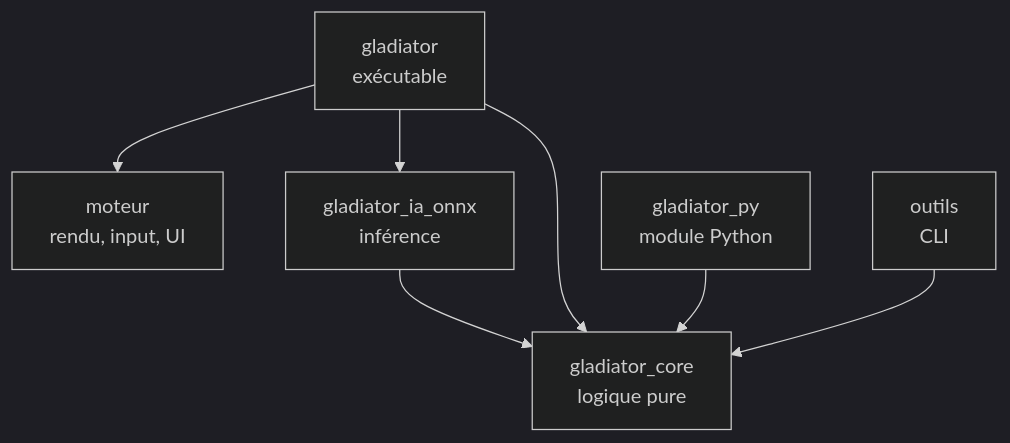
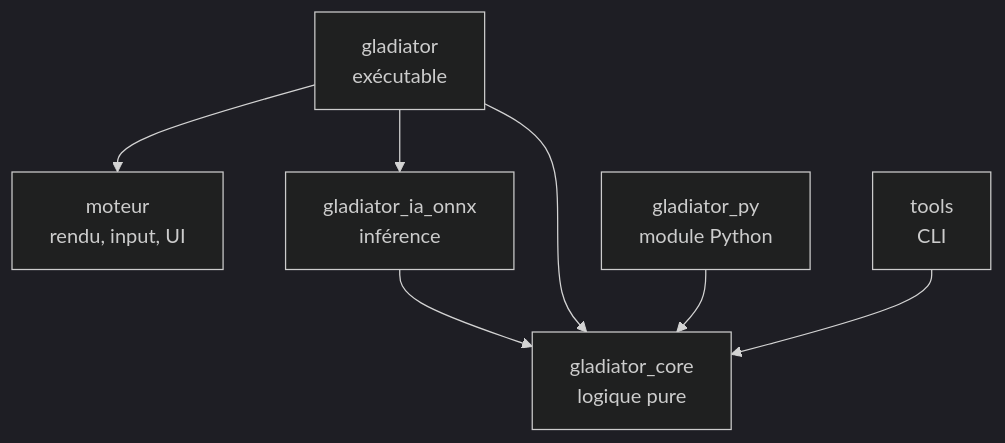
One commit to Loris01100/Lanista changed the diagram in docs/Gladiator_Manager_Feuille_de_route_Rust.md. Above: the diagram before and after it, drawn with Mermaid (dark theme). The commit also changed other lines of this file and 14 other files, not shown here.

````diff
--- a/docs/Gladiator_Manager_Feuille_de_route_Rust.md
+++ b/docs/Gladiator_Manager_Feuille_de_route_Rust.md
@@ -105,15 +105,15 @@
 ```mermaid
 flowchart TD
   CORE[gladiator_core<br/>logique pure]
   MOTEUR[moteur<br/>rendu, input, UI]
   ONNX[gladiator_ia_onnx<br/>inférence]
   JEU[gladiator<br/>exécutable]
   PY[gladiator_py<br/>module Python]
-  OUT[outils<br/>CLI]
+  OUT[tools<br/>CLI]
   ONNX --> CORE
   JEU --> CORE
   JEU --> MOTEUR
   JEU --> ONNX
   PY --> CORE
   OUT --> CORE
 ```
````
